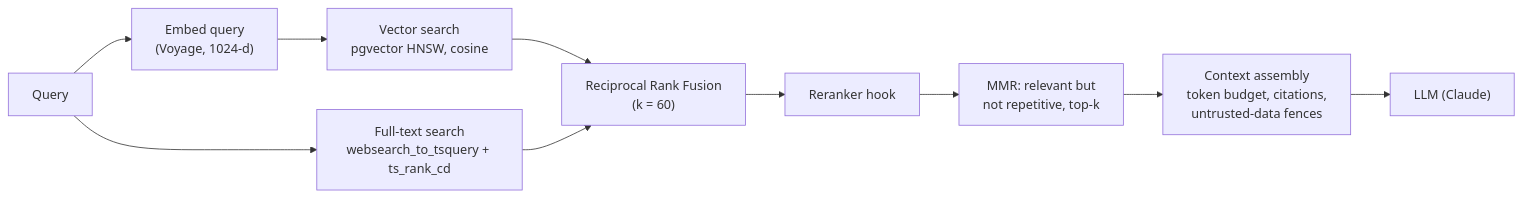
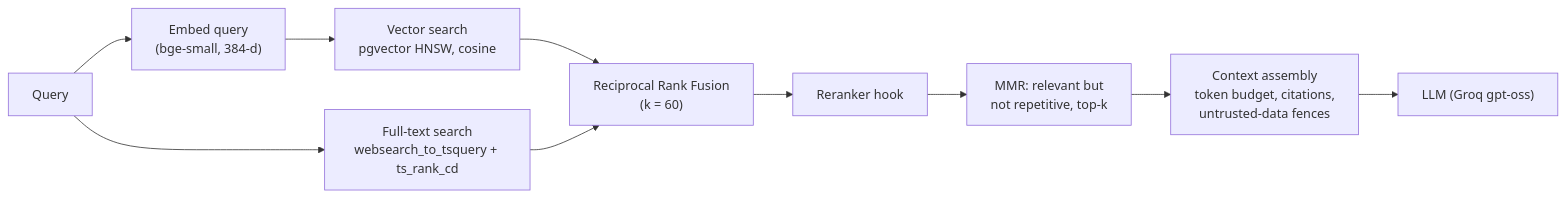
Before and after one commit to manideep311/Mana_Career: the first of 2 diagrams in README.md, drawn with Mermaid. The commit also changed other lines of this file and 6 other files, not shown here.

````diff
--- a/README.md
+++ b/README.md
@@ -74,12 +75,12 @@
 ```mermaid
 flowchart LR
-    Q[Query] --> EMB["Embed query<br/>(Voyage, 1024-d)"]
+    Q[Query] --> EMB["Embed query<br/>(bge-small, 384-d)"]
     Q --> FTS["Full-text search<br/>websearch_to_tsquery + ts_rank_cd"]
     EMB --> VEC["Vector search<br/>pgvector HNSW, cosine"]
     VEC --> RRF["Reciprocal Rank Fusion<br/>(k = 60)"]
     FTS --> RRF
     RRF --> RR[Reranker hook]
     RR --> MMR["MMR: relevant but<br/>not repetitive, top-k"]
     MMR --> CTX["Context assembly<br/>token budget, citations,<br/>untrusted-data fences"]
-    CTX --> LLM["LLM (Claude)"]
+    CTX --> LLM["LLM (Groq gpt-oss)"]
 ```
````
